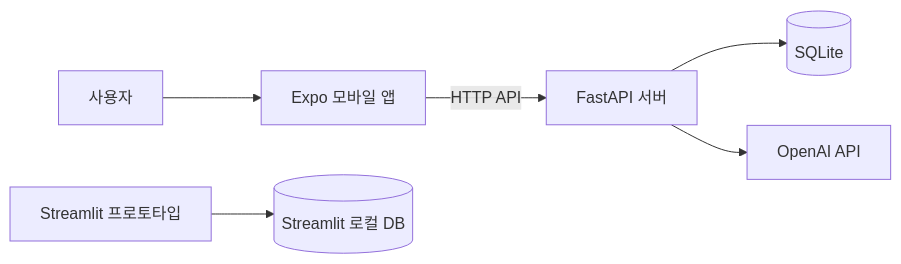
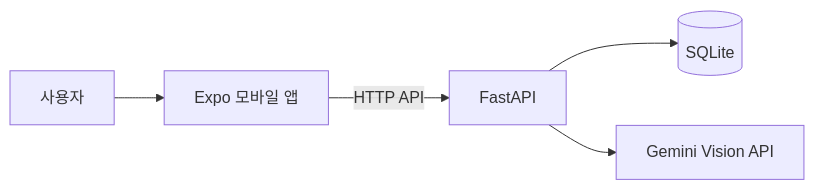
Before and after one commit to ryusb2295/roomsync: the diagram in README.md, drawn with Mermaid. The commit also changed other lines of this file and 46 other files, not shown here.

````diff
--- a/README.md
+++ b/README.md
@@ -119,8 +30,7 @@
 ```mermaid
 flowchart LR
-    User[사용자] --> Expo[Expo 모바일 앱]
-    Expo -->|HTTP API| API[FastAPI 서버]
+    User[사용자] --> App[Expo 모바일 앱]
+    App -->|HTTP API| API[FastAPI]
     API --> DB[(SQLite)]
-    API --> OpenAI[OpenAI API]
-    Prototype[Streamlit 프로토타입] --> LocalDB[(Streamlit 로컬 DB)]
+    API --> Gemini[Gemini Vision API]
 ```
````
